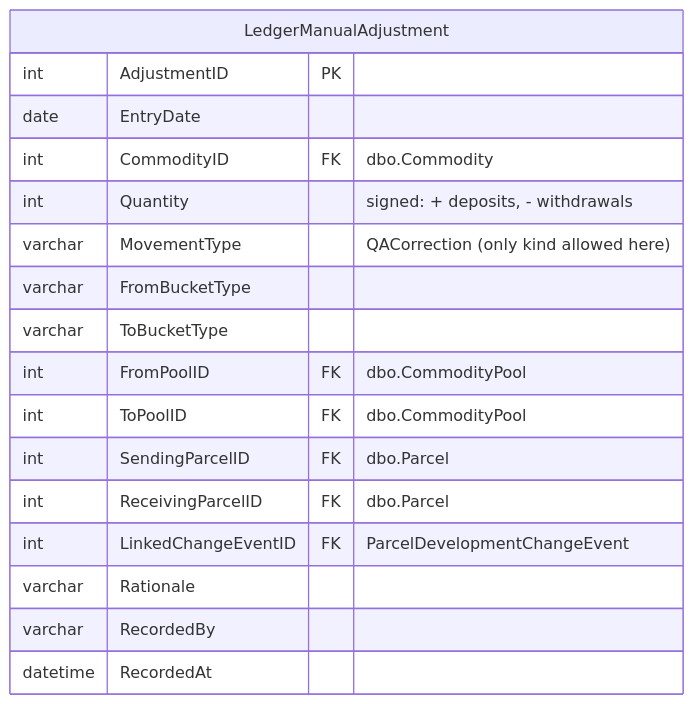
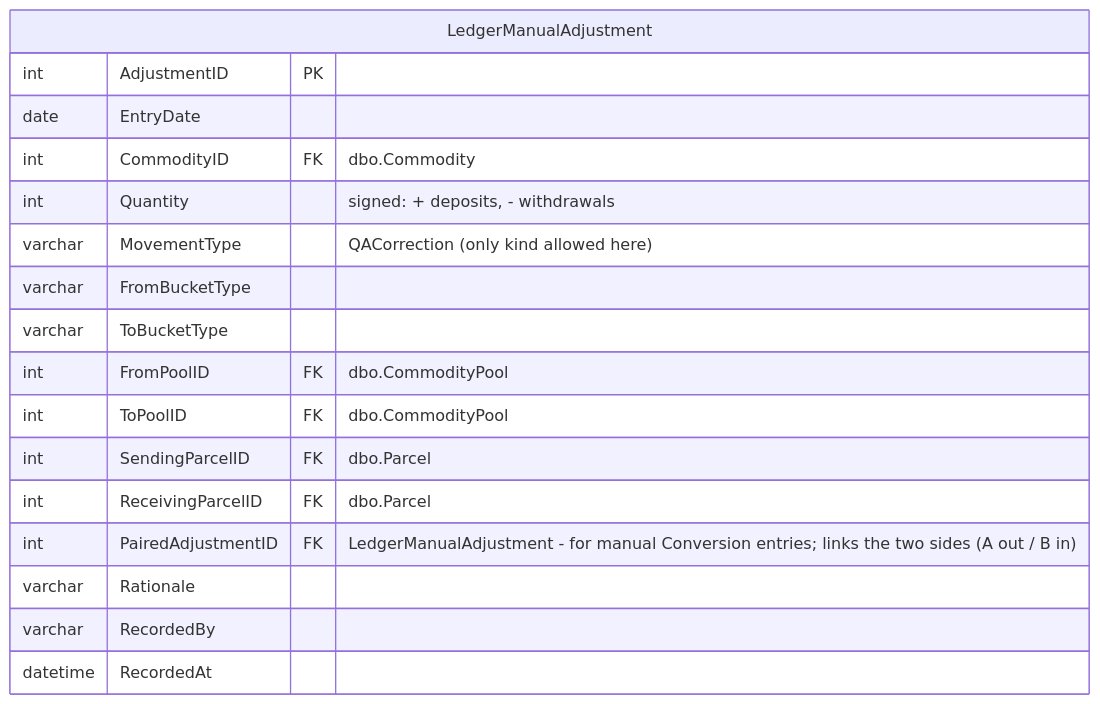
One commit to trpa-agency/Reporting changed the second of 4 diagrams in erd/target_schema.md. Above: the diagram before and after it, drawn with Mermaid. The commit also changed other lines of this file and 3 other files, not shown here.

First line of the commit message:
erd: address independent-review critical + substantive issues

````diff
--- a/erd/target_schema.md
+++ b/erd/target_schema.md
@@ -280,20 +368,20 @@
 ```mermaid
 erDiagram
     LedgerManualAdjustment {
         int AdjustmentID PK
         date EntryDate
         int CommodityID FK "dbo.Commodity"
         int Quantity "signed: + deposits, - withdrawals"
         varchar MovementType "QACorrection (only kind allowed here)"
         varchar FromBucketType
         varchar ToBucketType
         int FromPoolID FK "dbo.CommodityPool"
         int ToPoolID FK "dbo.CommodityPool"
         int SendingParcelID FK "dbo.Parcel"
         int ReceivingParcelID FK "dbo.Parcel"
-        int LinkedChangeEventID FK "ParcelDevelopmentChangeEvent"
+        int PairedAdjustmentID FK "LedgerManualAdjustment - for manual Conversion entries; links the two sides (A out / B in)"
         varchar Rationale
         varchar RecordedBy
         datetime RecordedAt
     }
 ```
````
